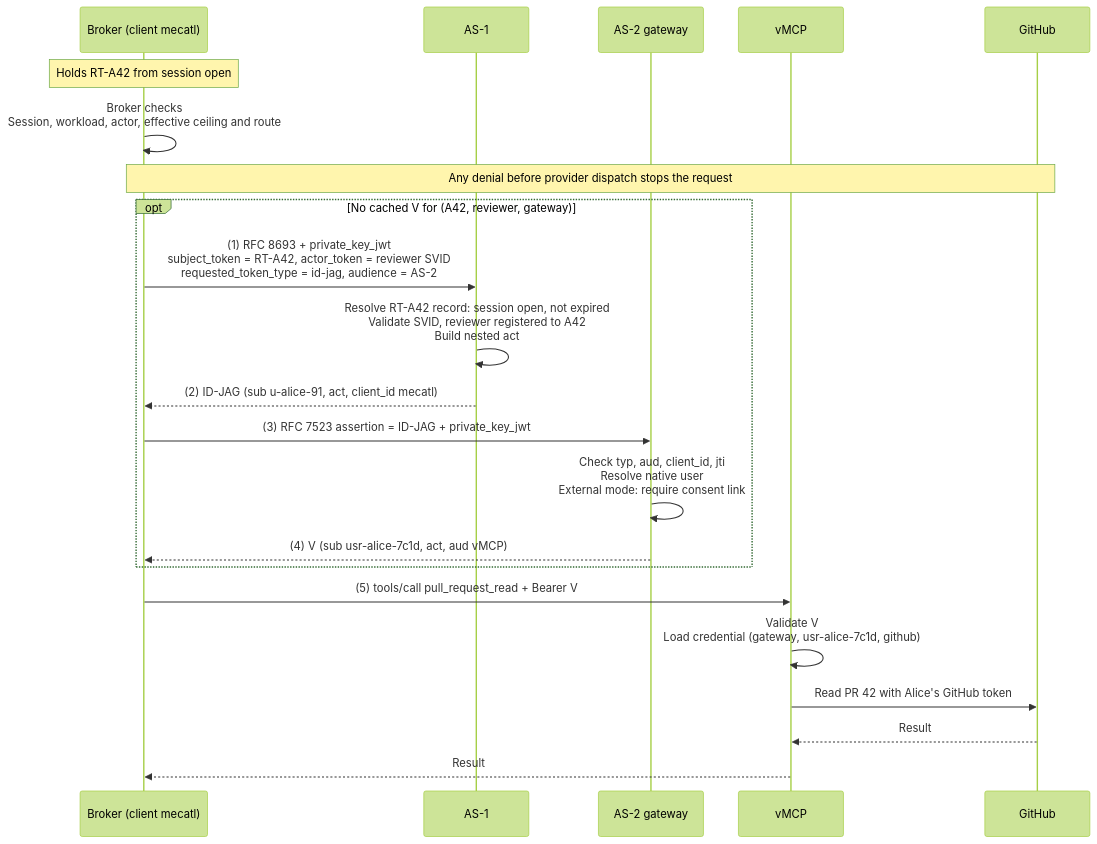
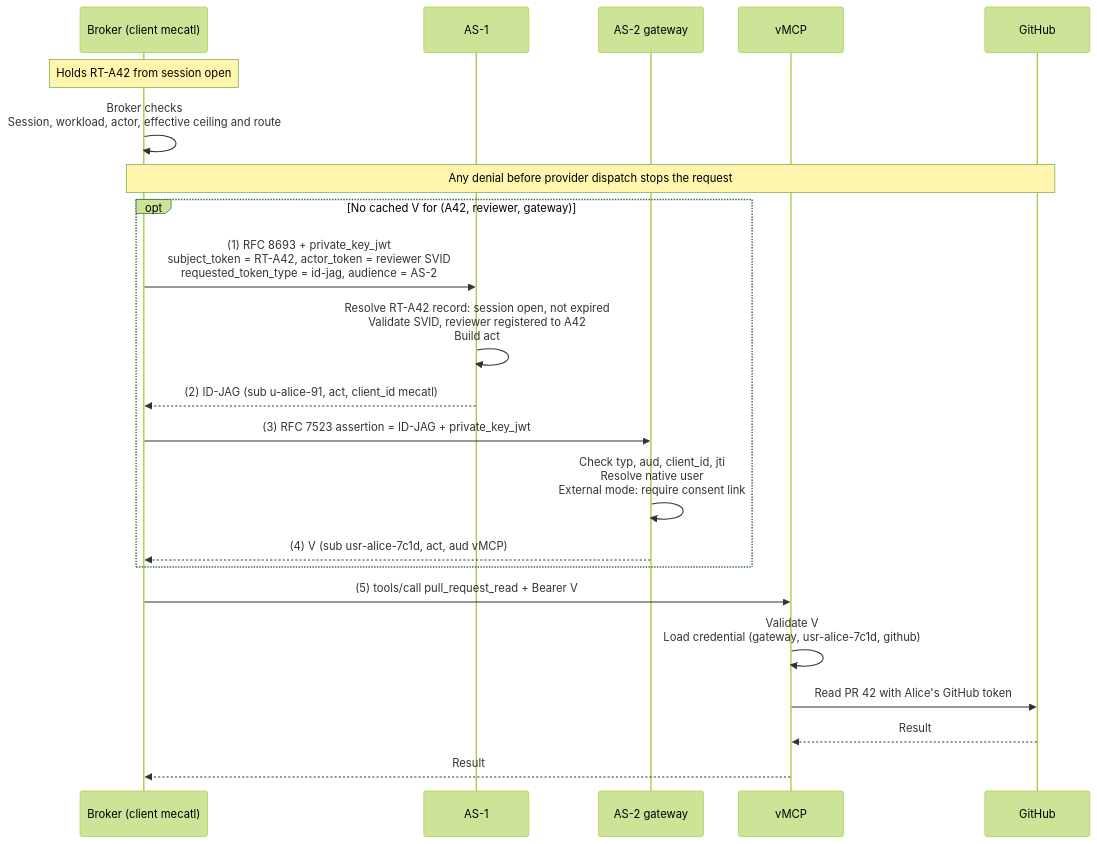
One commit to stacklok/mecatl changed the diagram in docs/drafts/agent-identity/mcp-gateway-modes.md. Above: the diagram before and after it, drawn with Mermaid (forest theme). The commit also changed other lines of this file and 7 other files, not shown here.

````diff
--- a/docs/drafts/agent-identity/mcp-gateway-modes.md
+++ b/docs/drafts/agent-identity/mcp-gateway-modes.md
@@ -42,25 +42,25 @@
 ```mermaid
 sequenceDiagram
     participant B as Broker (client mecatl)
     participant A1 as AS-1
     participant A2 as AS-2 gateway
     participant V as vMCP
     participant P as GitHub
 
     Note over B: Holds RT-A42 from session open
     B->>B: Broker checks<br/>Session, workload, actor, effective ceiling and route
     Note over B,P: Any denial before provider dispatch stops the request
     opt No cached V for (A42, reviewer, gateway)
         B->>A1: (1) RFC 8693 + private_key_jwt<br/>subject_token = RT-A42, actor_token = reviewer SVID<br/>requested_token_type = id-jag, audience = AS-2
-        A1->>A1: Resolve RT-A42 record: session open, not expired<br/>Validate SVID, reviewer registered to A42<br/>Build nested act
+        A1->>A1: Resolve RT-A42 record: session open, not expired<br/>Validate SVID, reviewer registered to A42<br/>Build act
         A1-->>B: (2) ID-JAG (sub u-alice-91, act, client_id mecatl)
         B->>A2: (3) RFC 7523 assertion = ID-JAG + private_key_jwt
         A2->>A2: Check typ, aud, client_id, jti<br/>Resolve native user<br/>External mode: require consent link
         A2-->>B: (4) V (sub usr-alice-7c1d, act, aud vMCP)
     end
     B->>V: (5) tools/call pull_request_read + Bearer V
     V->>V: Validate V<br/>Load credential (gateway, usr-alice-7c1d, github)
     V->>P: Read PR 42 with Alice's GitHub token
     P-->>V: Result
     V-->>B: Result
 ```
````
